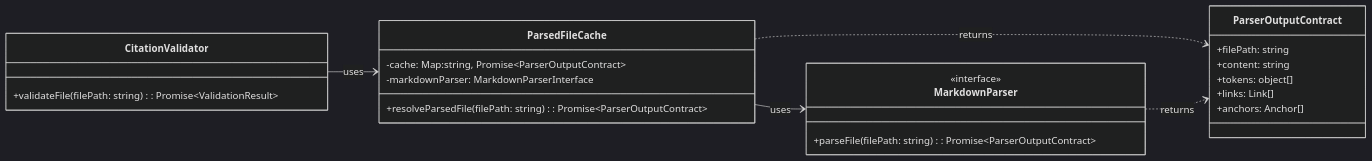
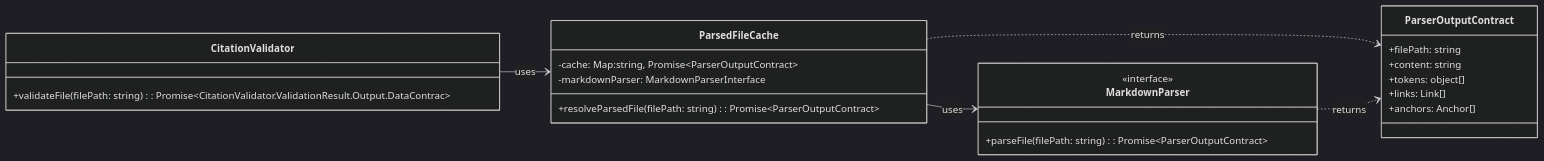
The diagram in tools/citation-manager/design-docs/component-guides/ParsedFileCache Implementation Guide.md (WesleyMFrederick/cc-workflows), drawn with Mermaid (dark theme) before and after one commit. The commit also changed other lines of this file and 46 other files, not shown here.

First line of the commit message:
Standardize MarkdownParser.Output.DataContract terminology and add Epic 2 preparation stories

````diff
--- a/tools/citation-manager/design-docs/component-guides/ParsedFileCache Implementation Guide.md
+++ b/tools/citation-manager/design-docs/component-guides/ParsedFileCache Implementation Guide.md
@@ -26,32 +26,32 @@
 ```mermaid
 classDiagram
     direction LR
 
     class ParserOutputContract {
         +filePath: string
         +content: string
         +tokens: object[]
         +links: Link[]
         +anchors: Anchor[]
     }
 
     class MarkdownParser {
         <<interface>>
         +parseFile(filePath: string): Promise~ParserOutputContract~
     }
     
     class CitationValidator {
-        +validateFile(filePath: string): Promise~ValidationResult~
+        +validateFile(filePath: string): Promise~CitationValidator.ValidationResult.Output.DataContrac~
     }
 
     class ParsedFileCache {
         -cache: Map:string, Promise~ParserOutputContract~
         -markdownParser: MarkdownParserInterface
         +resolveParsedFile(filePath: string): Promise~ParserOutputContract~
     }
 
     CitationValidator --> ParsedFileCache : uses
     ParsedFileCache --> MarkdownParser : uses
     ParsedFileCache ..> ParserOutputContract : returns
     MarkdownParser ..> ParserOutputContract : returns
 ```
````
